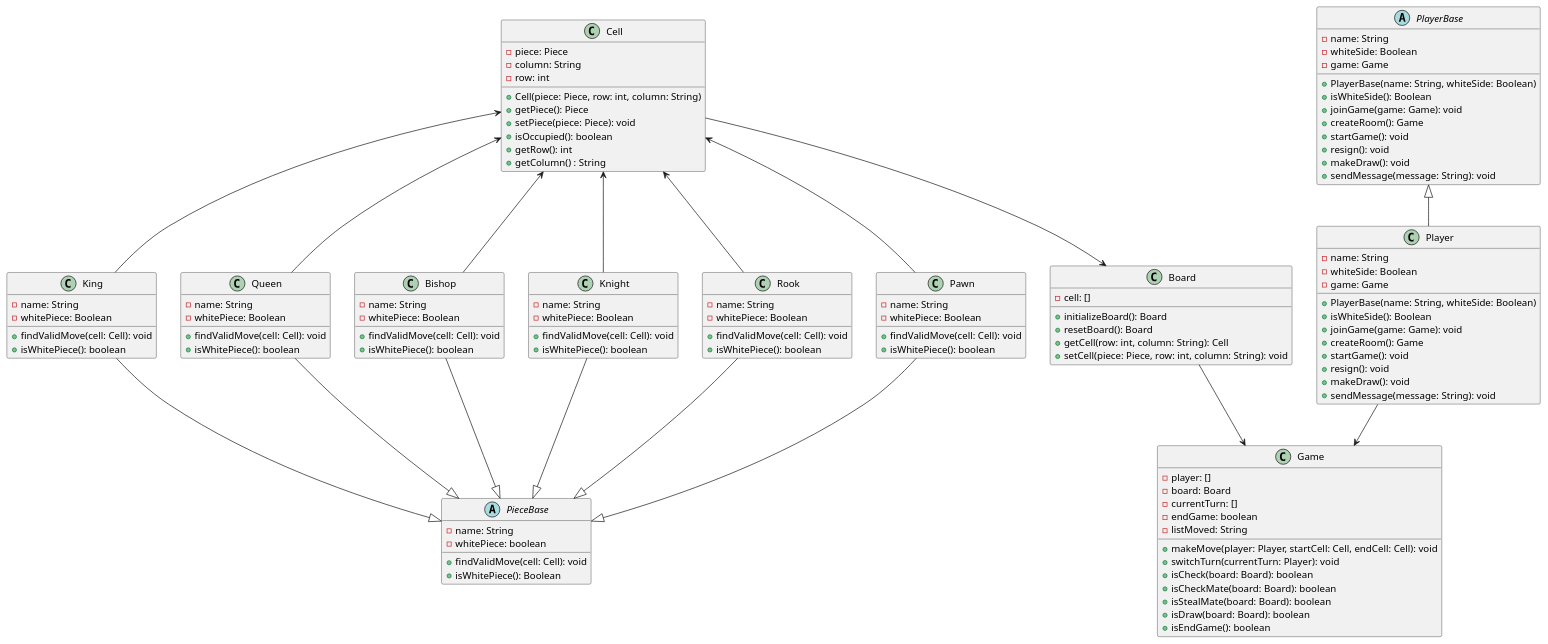
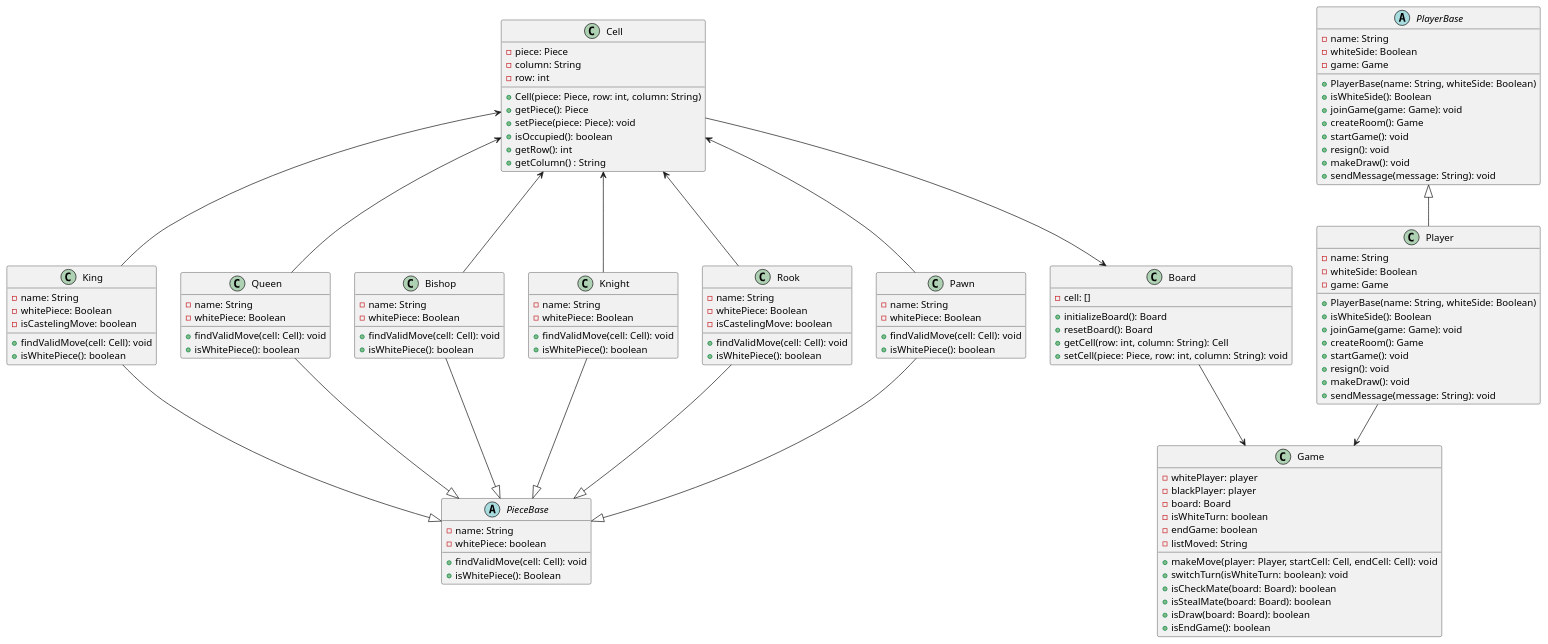
One commit to 3zard/Chess-Game changed the diagram in Diagram/Class Diagram/classDiagram.pu. Above: the diagram before and after it, drawn with PlantUML. The commit also changed other lines of this file and 1 other file, not shown here.

Commit message:
Huy | Fixing class diagram and use case diagram

```diff
--- a/Diagram/Class Diagram/classDiagram.pu
+++ b/Diagram/Class Diagram/classDiagram.pu
@@ -1,134 +1,136 @@
 @startuml classDiagram
 class Board {
     -cell: []
     +initializeBoard(): Board
     +resetBoard(): Board
     +getCell(row: int, column: String): Cell
     +setCell(piece: Piece, row: int, column: String): void
 }
 
 
 class Game {
-    -player: []
+    -whitePlayer: player
+    -blackPlayer: player   
     -board: Board
-    -currentTurn: []
+    -isWhiteTurn: boolean 
     -endGame: boolean
     -listMoved: String
     
     +makeMove(player: Player, startCell: Cell, endCell: Cell): void
-    +switchTurn(currentTurn: Player): void
-    +isCheck(board: Board): boolean
+    +switchTurn(isWhiteTurn: boolean): void
     +isCheckMate(board: Board): boolean
     +isStealMate(board: Board): boolean
     +isDraw(board: Board): boolean
     +isEndGame(): boolean
 }
 
 class Cell {
     -piece: Piece
     -column: String 
     -row: int
 
     +Cell(piece: Piece, row: int, column: String)
     +getPiece(): Piece
     +setPiece(piece: Piece): void
     +isOccupied(): boolean
     +getRow(): int
     +getColumn() : String
 }
 
 class Player {
     -name: String
     -whiteSide: Boolean
     -game: Game
     
     +PlayerBase(name: String, whiteSide: Boolean)
     +isWhiteSide(): Boolean
     +joinGame(game: Game): void
     +createRoom(): Game
     +startGame(): void
     +resign(): void
     +makeDraw(): void
     +sendMessage(message: String): void
 }
 
 abstract class PlayerBase {
     -name: String
     -whiteSide: Boolean
     -game: Game
     
     +PlayerBase(name: String, whiteSide: Boolean)
     +isWhiteSide(): Boolean
     +joinGame(game: Game): void
     +createRoom(): Game
     +startGame(): void
     +resign(): void
     +makeDraw(): void
     +sendMessage(message: String): void
 }
 
 abstract class PieceBase {
     -name: String
     -whitePiece: boolean
 
     +findValidMove(cell: Cell): void
     +isWhitePiece(): Boolean
 }
 
 class Pawn{
     -name: String
     -whitePiece: Boolean
     +findValidMove(cell: Cell): void
     +isWhitePiece(): boolean
 } 
 class Rook{
     -name: String
     -whitePiece: Boolean
+    -isCastelingMove: boolean
     +findValidMove(cell: Cell): void
     +isWhitePiece(): boolean
 }
 class Knight{
     -name: String
     -whitePiece: Boolean
     +findValidMove(cell: Cell): void
     +isWhitePiece(): boolean
 }
 class Bishop{
     -name: String
     -whitePiece: Boolean
     +findValidMove(cell: Cell): void
     +isWhitePiece(): boolean
 }
 class Queen{
     -name: String
     -whitePiece: Boolean
     +findValidMove(cell: Cell): void
     +isWhitePiece(): boolean
 }
 class King{
     -name: String
     -whitePiece: Boolean
-    +findValidMove(cell: Cell): void
+    -isCastelingMove: boolean
+    +findValidMove(cell: Cell): void 
     +isWhitePiece(): boolean
 }
 
 Player --> Game
 PlayerBase <|-- Player
 
 Cell --> Board
 Board --> Game
 
 PieceBase <|-up- Pawn 
 PieceBase <|-up- Rook
 PieceBase <|-up- Knight
 PieceBase <|-up- Bishop
 PieceBase <|-up- Queen
 PieceBase <|-up- King
 
 Cell <-- Pawn
 Cell <-- Rook
 Cell <-- Knight
 Cell <-- Bishop
 Cell <-- Queen
 Cell <-- King
 @enduml
```
